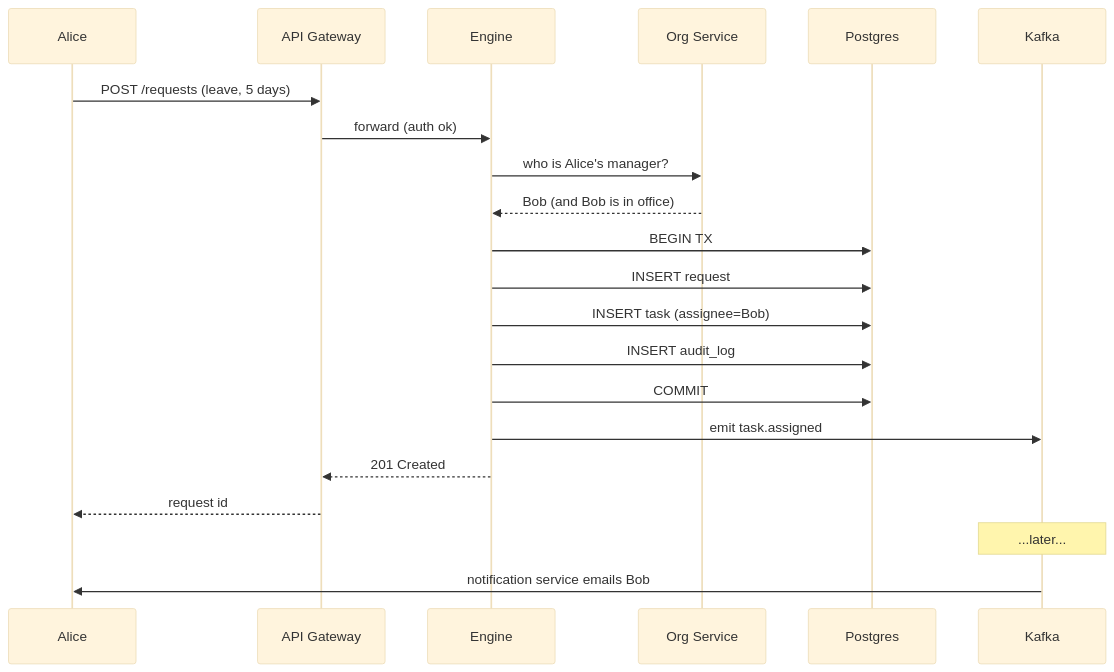
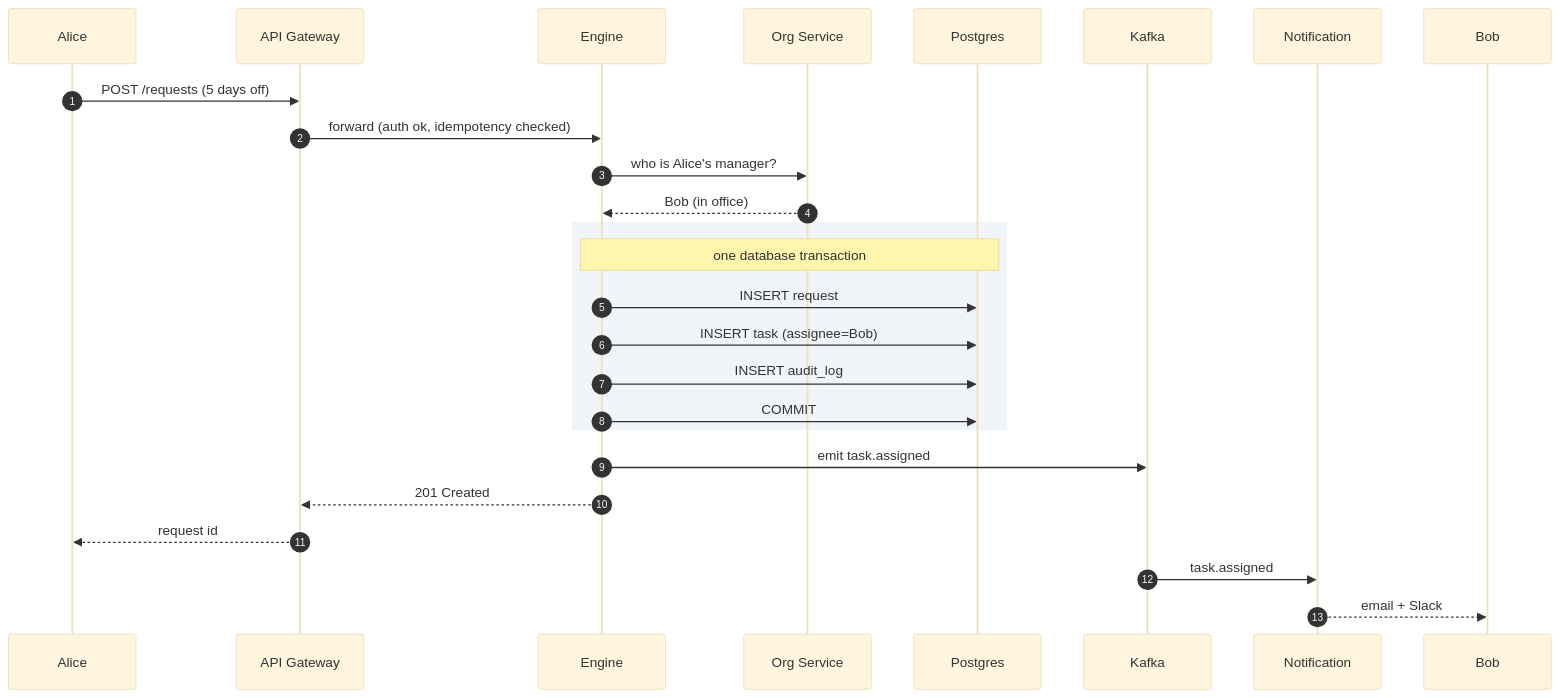
One commit to shiningflash/system-design changed the ninth of 11 diagrams in problems/011-approval-management/question.md. Above: the diagram before and after it, drawn with Mermaid (base theme). The commit also changed other lines of this file and 1 other file, not shown here.

First line of the commit message:
011 approval: clearer prose, color-grouped mermaid, build-up architecture

````diff
--- a/problems/011-approval-management/question.md
+++ b/problems/011-approval-management/question.md
@@ -258,25 +358,31 @@
 ```mermaid
 sequenceDiagram
+    autonumber
     participant Alice
-    participant API as API Gateway
-    participant Engine
-    participant Org as Org Service
+    participant GW as API Gateway
+    participant E as Engine
+    participant O as Org Service
     participant DB as Postgres
-    participant Kafka
+    participant K as Kafka
+    participant N as Notification
 
-    Alice->>API: POST /requests (leave, 5 days)
-    API->>Engine: forward (auth ok)
-    Engine->>Org: who is Alice's manager?
-    Org-->>Engine: Bob (and Bob is in office)
-    Engine->>DB: BEGIN TX
-    Engine->>DB: INSERT request
-    Engine->>DB: INSERT task (assignee=Bob)
-    Engine->>DB: INSERT audit_log
-    Engine->>DB: COMMIT
-    Engine->>Kafka: emit task.assigned
-    Engine-->>API: 201 Created
-    API-->>Alice: request id
+    Alice->>GW: POST /requests (5 days off)
+    GW->>E: forward (auth ok, idempotency checked)
+    E->>O: who is Alice's manager?
+    O-->>E: Bob (in office)
 
-    Note over Kafka: ...later...
-    Kafka->>Alice: notification service emails Bob
+    rect rgb(241, 245, 249)
+        Note over E,DB: one database transaction
+        E->>DB: INSERT request
+        E->>DB: INSERT task (assignee=Bob)
+        E->>DB: INSERT audit_log
+        E->>DB: COMMIT
+    end
+
+    E->>K: emit task.assigned
+    E-->>GW: 201 Created
+    GW-->>Alice: request id
+
+    K->>N: task.assigned
+    N-->>Bob: email + Slack
 ```
````
